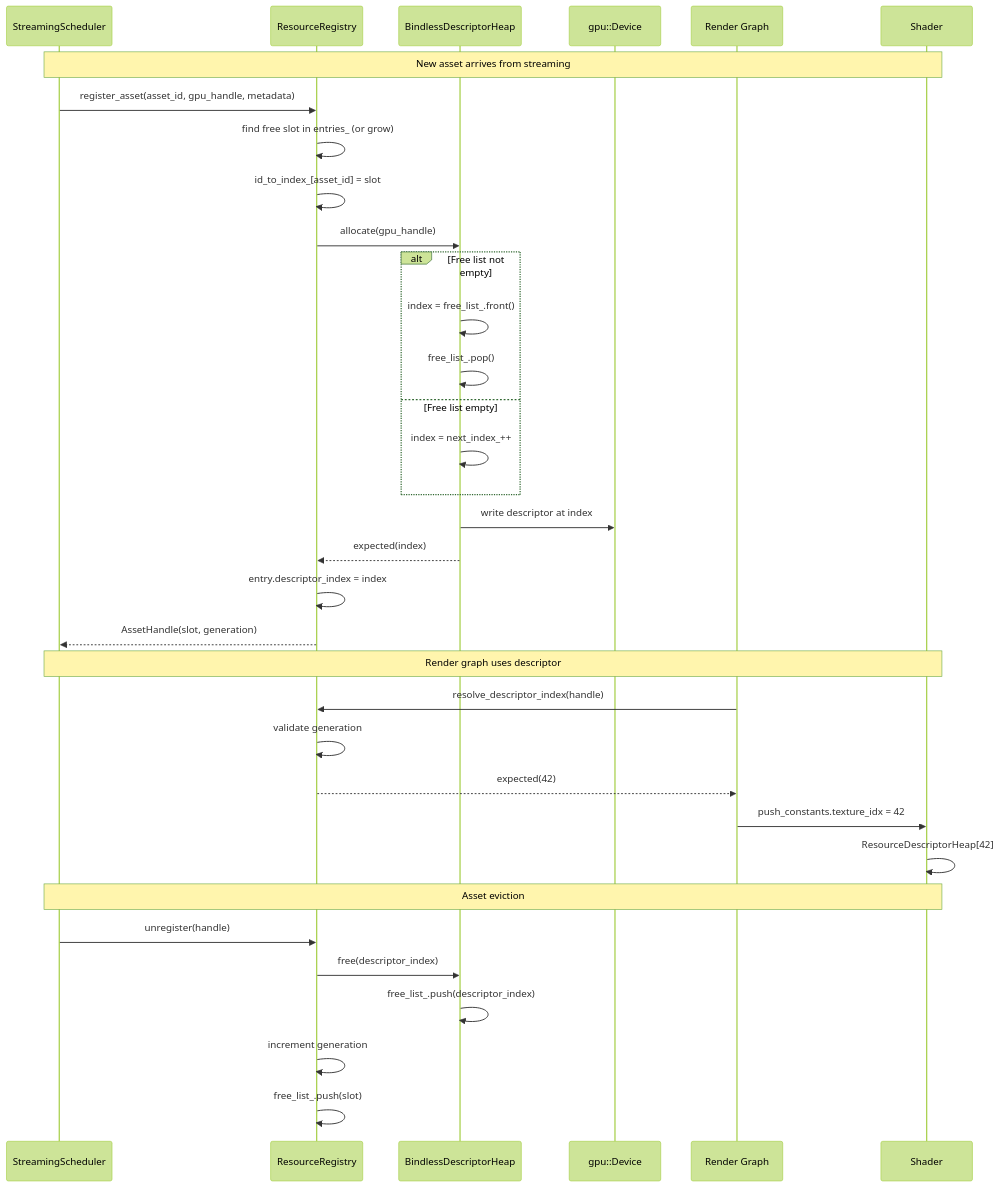
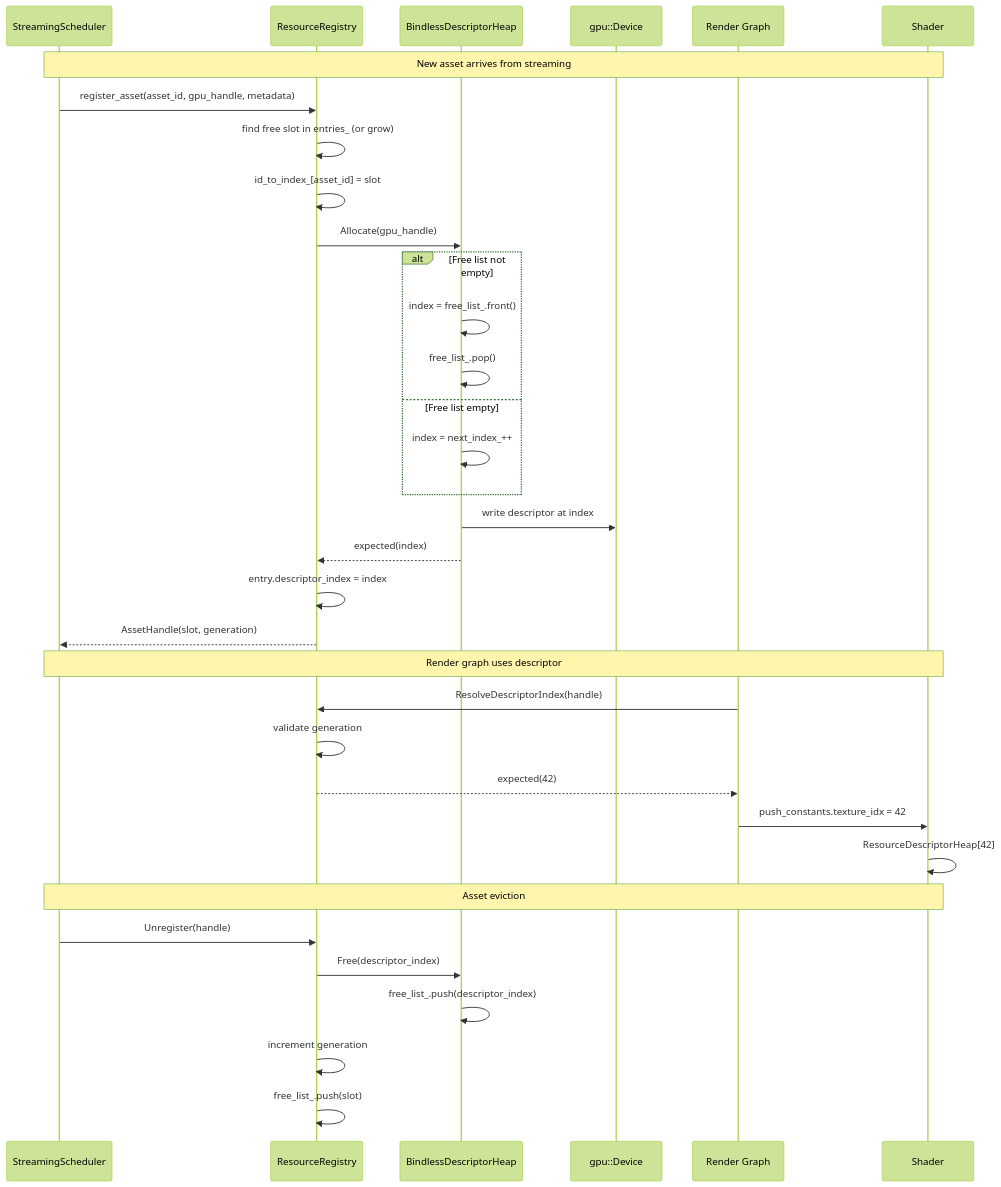
Diagram 12 of 12 in docs/design/asset-pipeline-classes.md (harmonius-dev/harmonius), drawn with Mermaid (forest theme) before and after one commit. The commit also changed other lines of this file and 67 other files, not shown here.

````diff
--- a/docs/design/asset-pipeline-classes.md
+++ b/docs/design/asset-pipeline-classes.md
@@ -532,41 +540,41 @@
 ```mermaid
 sequenceDiagram
     participant Sched as StreamingScheduler
     participant Reg as ResourceRegistry
     participant Heap as BindlessDescriptorHeap
     participant Device as gpu::Device
     participant RG as Render Graph
     participant Shader
 
     Note over Sched,Shader: New asset arrives from streaming
     Sched->>Reg: register_asset(asset_id, gpu_handle, metadata)
     Reg->>Reg: find free slot in entries_ (or grow)
     Reg->>Reg: id_to_index_[asset_id] = slot
-    Reg->>Heap: allocate(gpu_handle)
+    Reg->>Heap: Allocate(gpu_handle)
 
     alt Free list not empty
         Heap->>Heap: index = free_list_.front()
         Heap->>Heap: free_list_.pop()
     else Free list empty
         Heap->>Heap: index = next_index_++
     end
 
     Heap->>Device: write descriptor at index
     Heap-->>Reg: expected(index)
     Reg->>Reg: entry.descriptor_index = index
     Reg-->>Sched: AssetHandle(slot, generation)
 
     Note over Sched,Shader: Render graph uses descriptor
-    RG->>Reg: resolve_descriptor_index(handle)
+    RG->>Reg: ResolveDescriptorIndex(handle)
     Reg->>Reg: validate generation
     Reg-->>RG: expected(42)
     RG->>Shader: push_constants.texture_idx = 42
     Shader->>Shader: ResourceDescriptorHeap[42]
 
     Note over Sched,Shader: Asset eviction
-    Sched->>Reg: unregister(handle)
-    Reg->>Heap: free(descriptor_index)
+    Sched->>Reg: Unregister(handle)
+    Reg->>Heap: Free(descriptor_index)
     Heap->>Heap: free_list_.push(descriptor_index)
     Reg->>Reg: increment generation
     Reg->>Reg: free_list_.push(slot)
 ```
````
